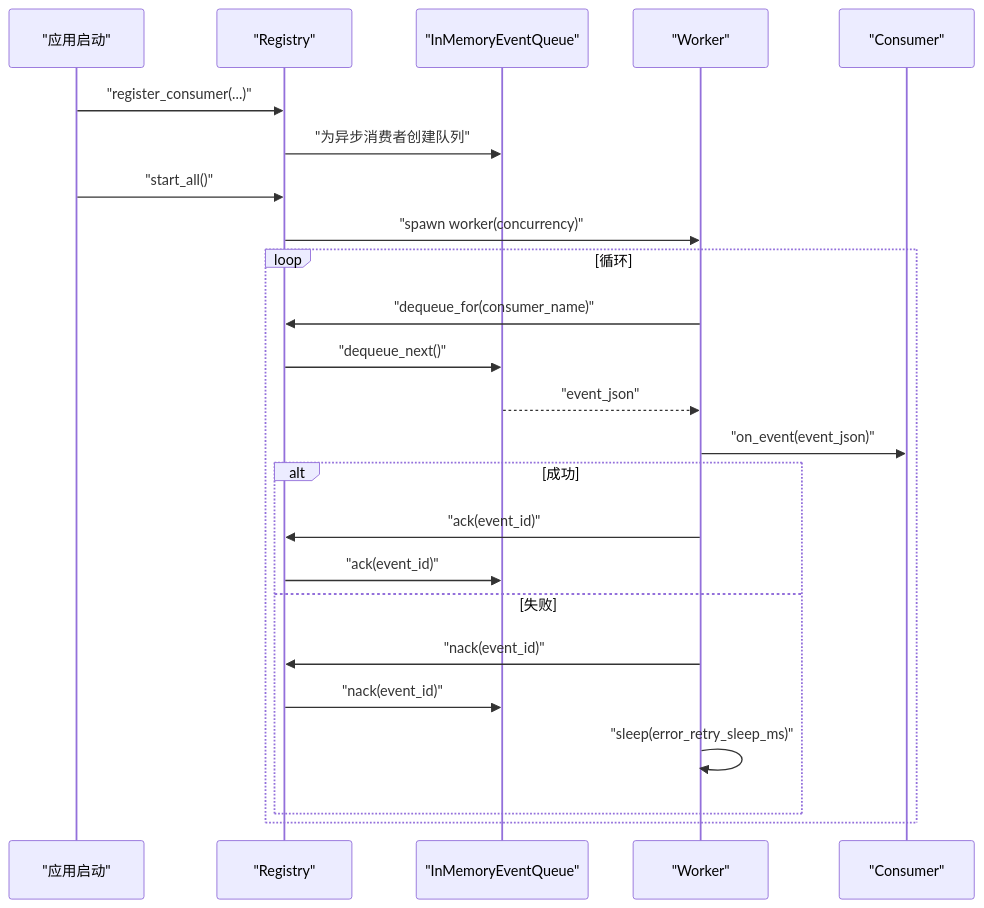
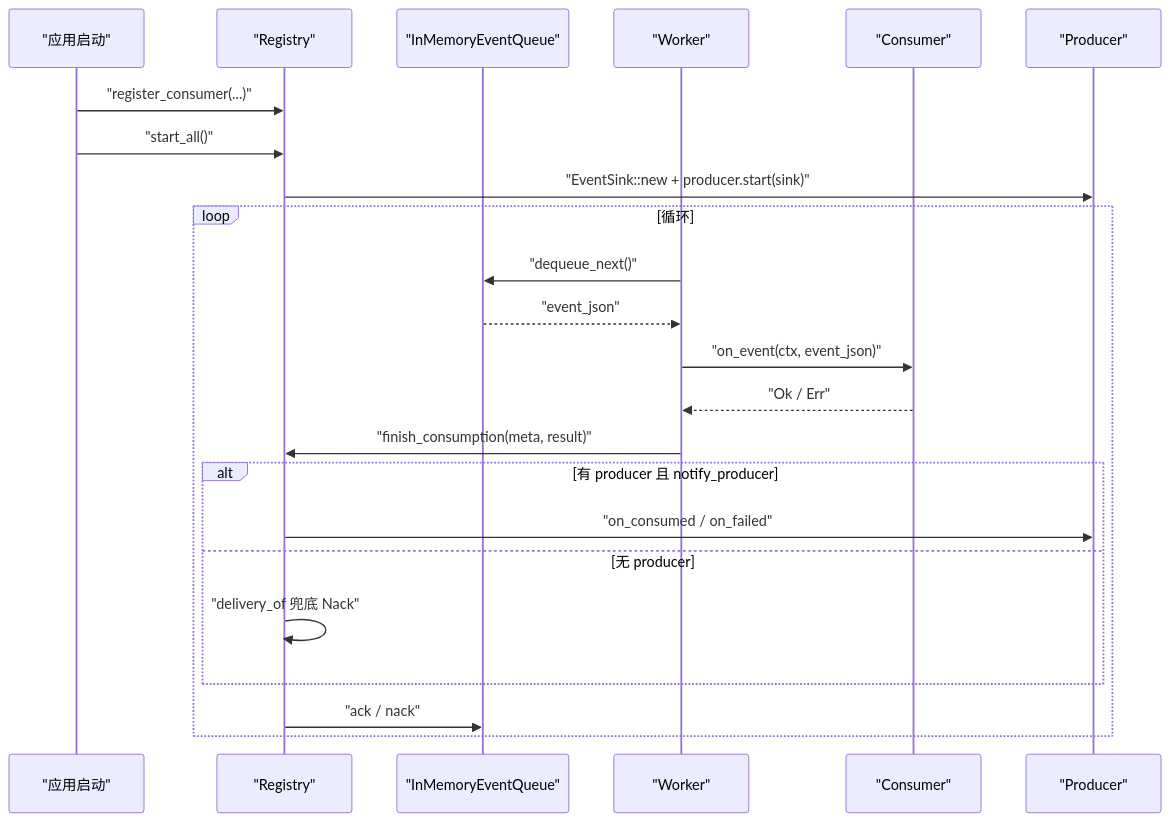
The fifth of 7 diagrams in docs/wiki/zh/content/核心模块/AOP 事件系统/核心概念与架构.md (runningcoders/ai_orz), drawn with Mermaid before and after one commit. The commit also changed other lines of this file and 37 other files, not shown here.

````diff
--- a/docs/wiki/zh/content/核心模块/AOP 事件系统/核心概念与架构.md
+++ b/docs/wiki/zh/content/核心模块/AOP 事件系统/核心概念与架构.md
@@ -239,26 +244,25 @@
 ```mermaid
 sequenceDiagram
 participant App as "应用启动"
 participant Reg as "Registry"
 participant Q as "InMemoryEventQueue"
 participant W as "Worker"
 participant C as "Consumer"
+participant P as "Producer"
 App->>Reg : "register_consumer(...)"
-Reg->>Q : "为异步消费者创建队列"
 App->>Reg : "start_all()"
-Reg->>W : "spawn worker(concurrency)"
+Reg->>P : "EventSink::new + producer.start(sink)"
 loop 循环
-W->>Reg : "dequeue_for(consumer_name)"
-Reg->>Q : "dequeue_next()"
+W->>Q : "dequeue_next()"
 Q-->>W : "event_json"
-W->>C : "on_event(event_json)"
-alt 成功
-W->>Reg : "ack(event_id)"
-Reg->>Q : "ack(event_id)"
-else 失败
-W->>Reg : "nack(event_id)"
-Reg->>Q : "nack(event_id)"
-W->>W : "sleep(error_retry_sleep_ms)"
+W->>C : "on_event(ctx, event_json)"
+C-->>W : "Ok / Err"
+W->>Reg : "finish_consumption(meta, result)"
+alt 有 producer 且 notify_producer
+Reg->>P : "on_consumed / on_failed"
+else 无 producer
+Reg->>Reg : "delivery_of 兜底 Nack"
 end
+Reg->>Q : "ack / nack"
 end
 ```
````
